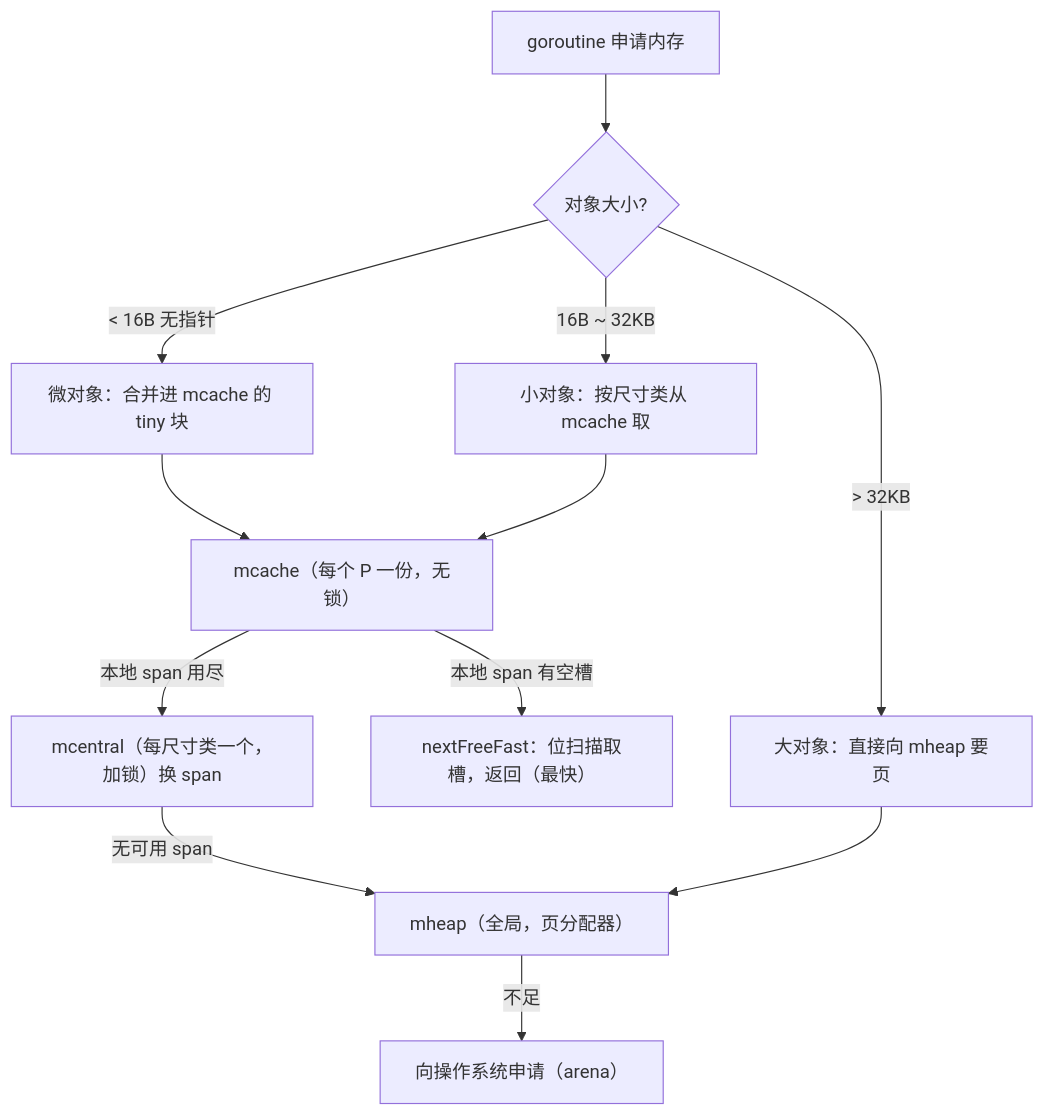
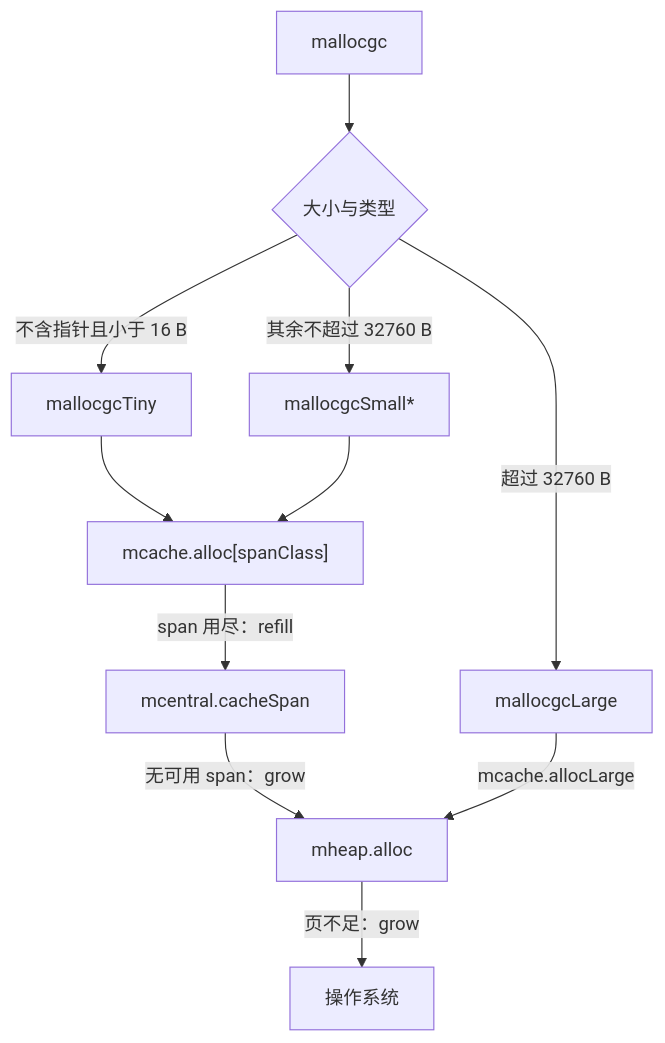
The diagram in book/zh-cn/part4memory/ch12alloc/component.md (golang-design/under-the-hood), drawn with Mermaid before and after one commit. The commit also changed other lines of this file and 9 other files, not shown here.

````diff
--- a/book/zh-cn/part4memory/ch12alloc/component.md
+++ b/book/zh-cn/part4memory/ch12alloc/component.md
@@ -170,14 +414,13 @@
 ```mermaid
 flowchart TD
-    G["goroutine 申请内存"] --> SIZE{对象大小?}
-    SIZE -->|< 16B 无指针| TINY["微对象：合并进 mcache 的 tiny 块"]
-    SIZE -->|16B ~ 32KB| SMALL["小对象：按尺寸类从 mcache 取"]
-    SIZE -->|> 32KB| LARGE["大对象：直接向 mheap 要页"]
-    TINY --> MC["mcache（每个 P 一份，无锁）"]
+    M["mallocgc"] --> D{"大小与类型"}
+    D -->|"不含指针且小于 16 B"| TINY["mallocgcTiny"]
+    D -->|"其余不超过 32760 B"| SMALL["mallocgcSmall*"]
+    D -->|"超过 32760 B"| LARGE["mallocgcLarge"]
+    TINY --> MC["mcache.alloc[spanClass]"]
     SMALL --> MC
-    MC -->|本地 span 有空槽| FAST["nextFreeFast：位扫描取槽，返回（最快）"]
-    MC -->|本地 span 用尽| MCENT["mcentral（每尺寸类一个，加锁）换 span"]
-    MCENT -->|无可用 span| MHEAP["mheap（全局，页分配器）"]
-    LARGE --> MHEAP
-    MHEAP -->|不足| OS["向操作系统申请（arena）"]
+    MC -->|"span 用尽：refill"| MCE["mcentral.cacheSpan"]
+    MCE -->|"无可用 span：grow"| MH["mheap.alloc"]
+    LARGE -->|"mcache.allocLarge"| MH
+    MH -->|"页不足：grow"| OS["操作系统"]
 ```
````
